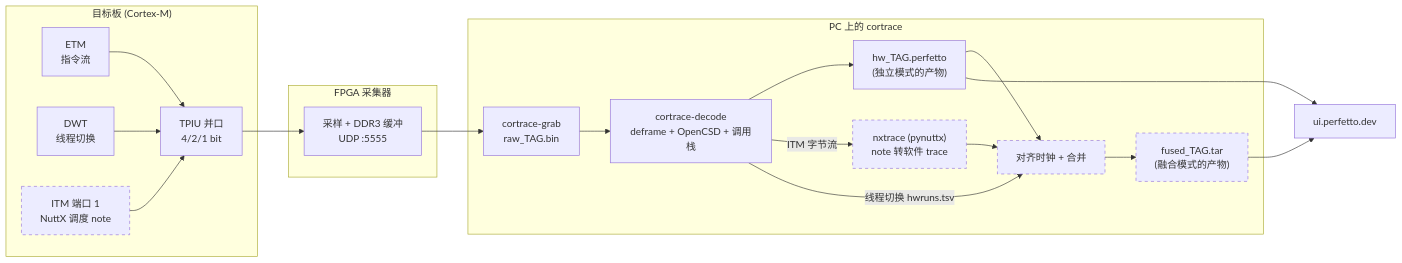
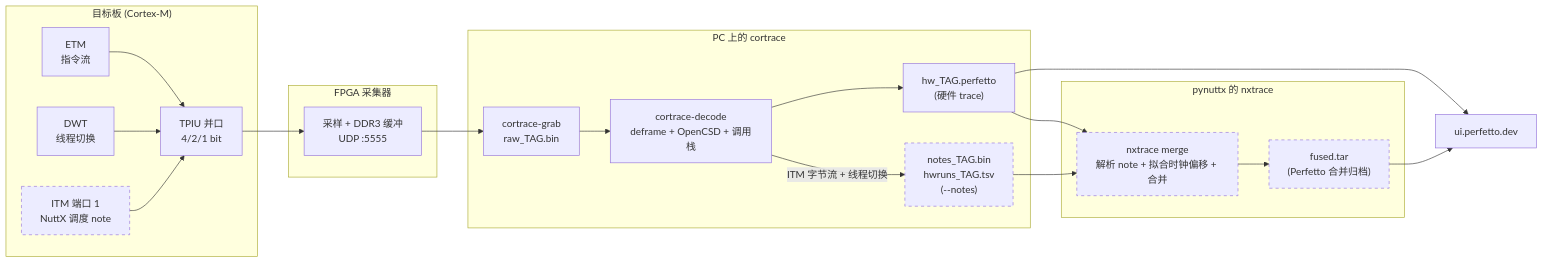
One commit to FASTSHIFT/cortrace changed the first of 5 diagrams in docs/04-user-guide.md. Above: the diagram before and after it, drawn with Mermaid. The commit also changed other lines of this file and 4 other files, not shown here.

First line of the commit message:
docs: describe cortrace as hardware-only and merging with nxtrace merge

````diff
--- a/docs/04-user-guide.md
+++ b/docs/04-user-guide.md
@@ -26,33 +28,34 @@
 ```mermaid
 flowchart LR
     subgraph T["目标板 (Cortex-M)"]
         ETM["ETM<br/>指令流"]
         DWT["DWT<br/>线程切换"]
         ITM["ITM 端口 1<br/>NuttX 调度 note"]
         TPIU["TPIU 并口<br/>4/2/1 bit"]
         ETM --> TPIU
         DWT --> TPIU
         ITM --> TPIU
     end
     subgraph F["FPGA 采集器"]
         CAP["采样 + DDR3 缓冲<br/>UDP :5555"]
     end
     subgraph P["PC 上的 cortrace"]
         GRAB["cortrace-grab<br/>raw_TAG.bin"]
         DEC["cortrace-decode<br/>deframe + OpenCSD + 调用栈"]
-        HW["hw_TAG.perfetto<br/>(独立模式的产物)"]
-        NX["nxtrace (pynuttx)<br/>note 转软件 trace"]
-        ALN["对齐时钟 + 合并"]
-        FUSED["fused_TAG.tar<br/>(融合模式的产物)"]
+        HW["hw_TAG.perfetto<br/>(硬件 trace)"]
+        NOTES["notes_TAG.bin<br/>hwruns_TAG.tsv<br/>(--notes)"]
+    end
+    subgraph N["pynuttx 的 nxtrace"]
+        NX["nxtrace merge<br/>解析 note + 拟合时钟偏移 + 合并"]
+        FUSED["fused.tar<br/>(Perfetto 合并归档)"]
     end
     UI["ui.perfetto.dev"]
     TPIU --> CAP --> GRAB --> DEC --> HW
-    DEC -->|"ITM 字节流"| NX
-    DEC -->|"线程切换 hwruns.tsv"| ALN
-    NX --> ALN
-    HW --> ALN --> FUSED
+    DEC -->|"ITM 字节流 + 线程切换"| NOTES
+    HW --> NX
+    NOTES --> NX --> FUSED
     HW --> UI
     FUSED --> UI
     classDef fusion stroke-dasharray: 5 5
-    class ITM,NX,ALN,FUSED fusion
+    class ITM,NOTES,NX,FUSED fusion
 ```
````
